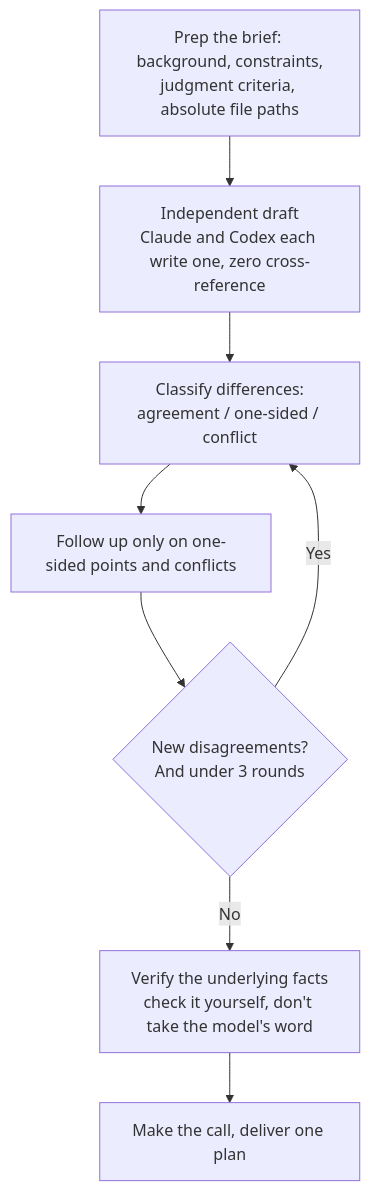
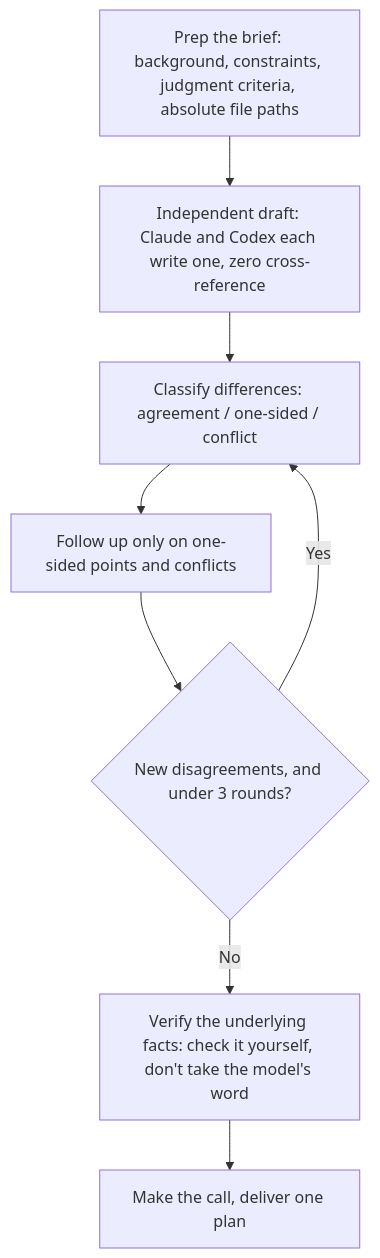
Before and after one commit to jiayx01/codex-claude-skills: the first of 2 diagrams in README.md, drawn with Mermaid. The commit also changed other lines of this file and 1 other file, not shown here.

Commit message:
Fix mermaid node text: <br/> was silently dropped by the renderer
GitHub's mermaid renderer swallowed the <br/> tags without leaving a
space, so English node labels collapsed into unreadable run-ons
("draftClaude", "executes edit code"). Replaced hand-placed line
breaks with colons that separate label from detail — reads correctly
regardless of how the renderer wraps text, in both languages.

````diff
--- a/README.md
+++ b/README.md
@@ -30,10 +30,10 @@
 ```mermaid
 flowchart TD
-    A["Prep the brief: background, constraints,<br/>judgment criteria, absolute file paths"] --> B["Independent draft<br/>Claude and Codex each write one, zero cross-reference"]
-    B --> C["Classify differences:<br/>agreement / one-sided / conflict"]
+    A["Prep the brief: background, constraints, judgment criteria, absolute file paths"] --> B["Independent draft: Claude and Codex each write one, zero cross-reference"]
+    B --> C["Classify differences: agreement / one-sided / conflict"]
     C --> D["Follow up only on one-sided points and conflicts"]
-    D --> E{"New disagreements?<br/>And under 3 rounds"}
+    D --> E{"New disagreements, and under 3 rounds?"}
     E -->|Yes| C
-    E -->|No| F["Verify the underlying facts<br/>check it yourself, don't take the model's word"]
+    E -->|No| F["Verify the underlying facts: check it yourself, don't take the model's word"]
     F --> G["Make the call, deliver one plan"]
 ```
````
